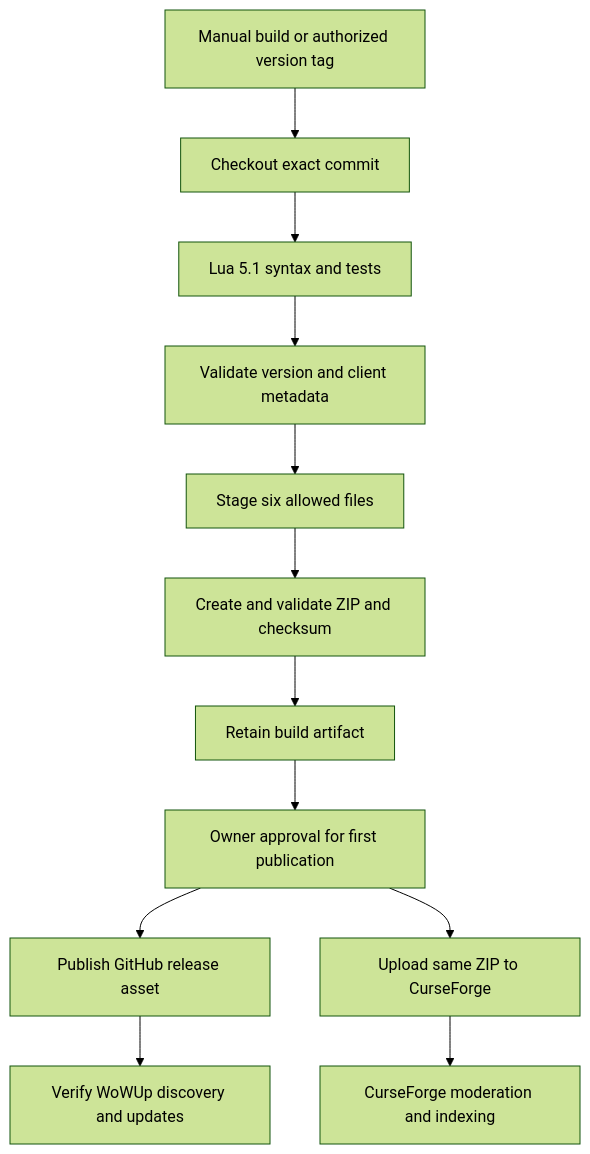
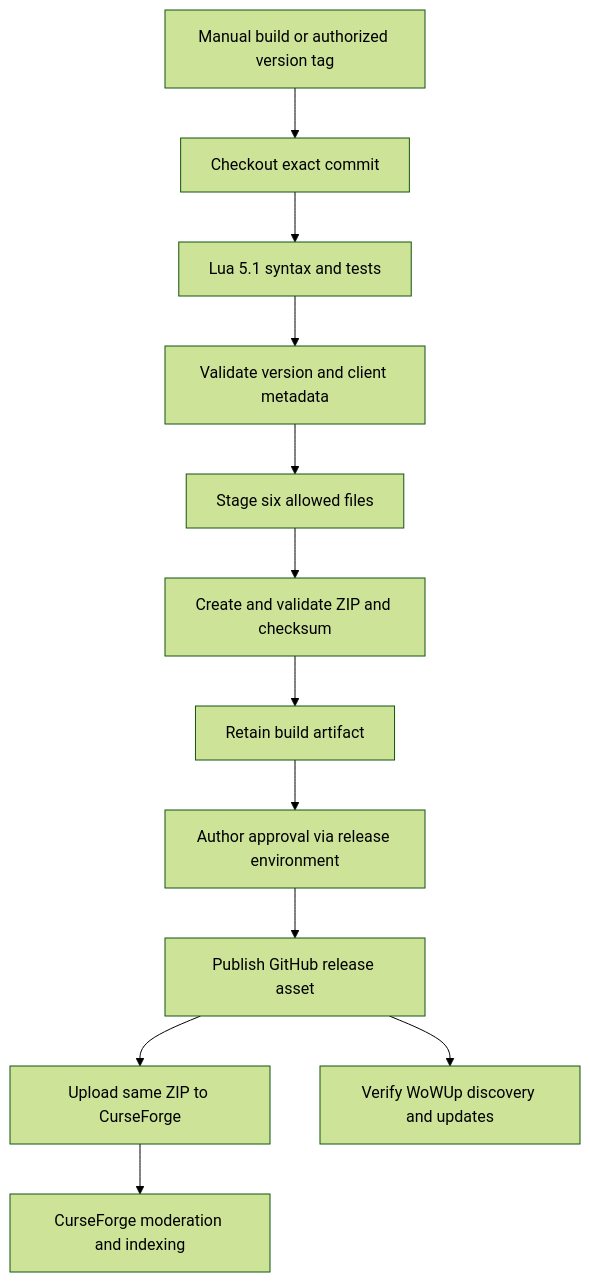
The diagram in docs/RELEASE_PLAN.md (jbedworth/WeaponSetsForever), drawn with Mermaid (forest theme) before and after one commit. The commit also changed other lines of this file and 7 other files, not shown here.

````diff
--- a/docs/RELEASE_PLAN.md
+++ b/docs/RELEASE_PLAN.md
@@ -300,14 +12,14 @@
 ```mermaid
 flowchart TD
     A[Manual build or authorized version tag] --> B[Checkout exact commit]
     B --> C[Lua 5.1 syntax and tests]
     C --> D[Validate version and client metadata]
     D --> E[Stage six allowed files]
     E --> F[Create and validate ZIP and checksum]
     F --> G[Retain build artifact]
-    G --> H[Owner approval for first publication]
+    G --> H[Author approval via release environment]
     H --> I[Publish GitHub release asset]
-    H --> J[Upload same ZIP to CurseForge]
+    I --> J[Upload same ZIP to CurseForge]
     J --> K[CurseForge moderation and indexing]
     I --> L[Verify WoWUp discovery and updates]
 ```
````
